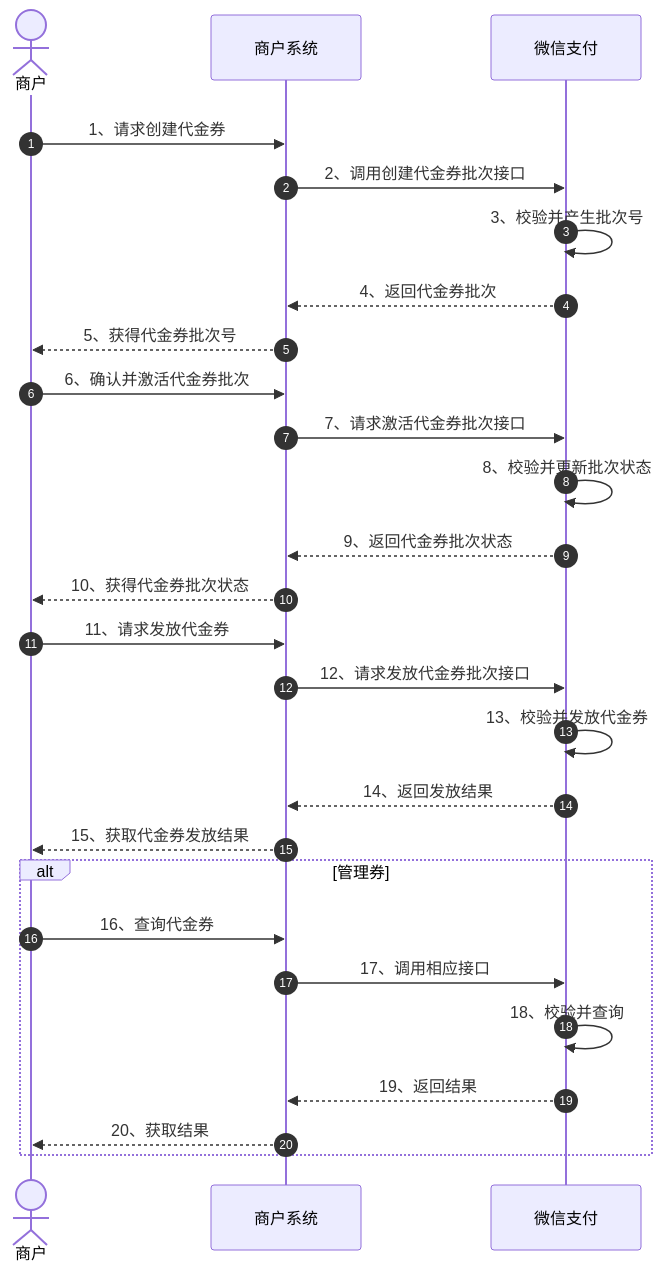
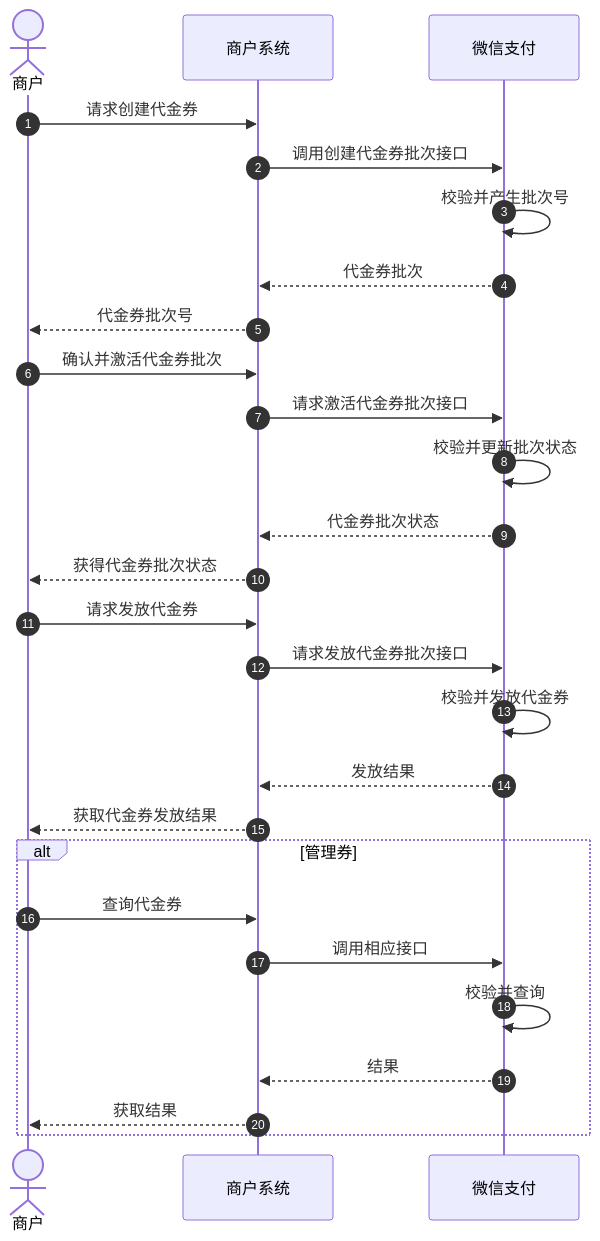
The diagram in docs/merchant/pages/4012084207.md (minibear2021/wechatpay_docs), drawn with Mermaid before and after one commit. The commit also changed other lines of this file and 7 other files, not shown here.

````diff
--- a/docs/merchant/pages/4012084207.md
+++ b/docs/merchant/pages/4012084207.md
@@ -19,33 +19,29 @@
 ```mermaid
 sequenceDiagram
-    rect rgb(255,255,255)
-        autonumber
-        actor Mch as 商户
-        participant Mch2 as 商户系统
-        participant WxPay as 微信支付
-
-        Mch->>Mch2: 1、请求创建代金券
-        Mch2->>WxPay: 2、调用创建代金券批次接口
-        WxPay->>WxPay: 3、校验并产生批次号
-        WxPay-->>Mch2: 4、返回代金券批次
-        Mch2-->>Mch: 5、获得代金券批次号
-        Mch->>Mch2: 6、确认并激活代金券批次
-        Mch2->>WxPay: 7、请求激活代金券批次接口
-        WxPay->>WxPay: 8、校验并更新批次状态
-        WxPay-->>Mch2: 9、返回代金券批次状态
-        Mch2-->>Mch: 10、获得代金券批次状态
-        Mch->>Mch2: 11、请求发放代金券
-        Mch2->>WxPay: 12、请求发放代金券批次接口
-        WxPay->>WxPay: 13、校验并发放代金券
-        WxPay-->>Mch2: 14、返回发放结果
-        Mch2-->>Mch: 15、获取代金券发放结果
-
-        alt 管理券
-            Mch->>Mch2: 16、查询代金券
-            Mch2->>WxPay: 17、调用相应接口
-            WxPay->>WxPay: 18、校验并查询
-            WxPay-->>Mch2: 19、返回结果
-            Mch2-->>Mch: 20、获取结果
-        end
-    end
+  autonumber
+  actor p0 as 商户
+  participant p1 as 商户系统
+  participant p2 as 微信支付
+  p0->>p1: 请求创建代金券
+  p1->>p2: 调用创建代金券批次接口
+  p2->>p2: 校验并产生批次号
+  p2-->>p1: 代金券批次
+  p1-->>p0: 代金券批次号
+  p0->>p1: 确认并激活代金券批次
+  p1->>p2: 请求激活代金券批次接口
+  p2->>p2: 校验并更新批次状态
+  p2-->>p1: 代金券批次状态
+  p1-->>p0: 获得代金券批次状态
+  p0->>p1: 请求发放代金券
+  p1->>p2: 请求发放代金券批次接口
+  p2->>p2: 校验并发放代金券
+  p2-->>p1: 发放结果
+  p1-->>p0: 获取代金券发放结果
+  alt 管理券
+    p0->>p1: 查询代金券
+    p1->>p2: 调用相应接口
+    p2->>p2: 校验并查询
+    p2-->>p1: 结果
+    p1-->>p0: 获取结果
+  end
 ```
````
